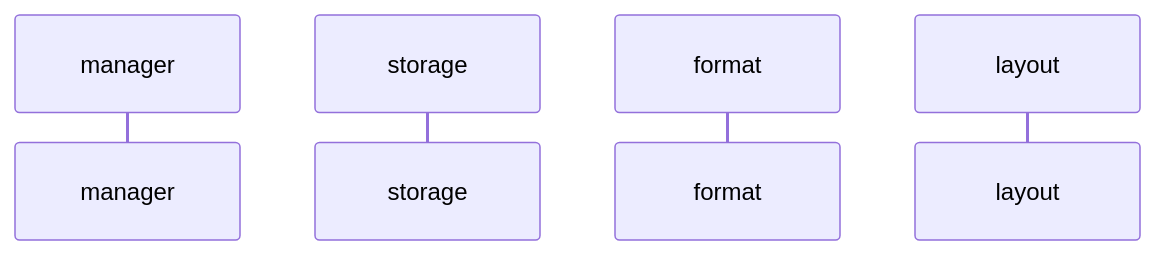
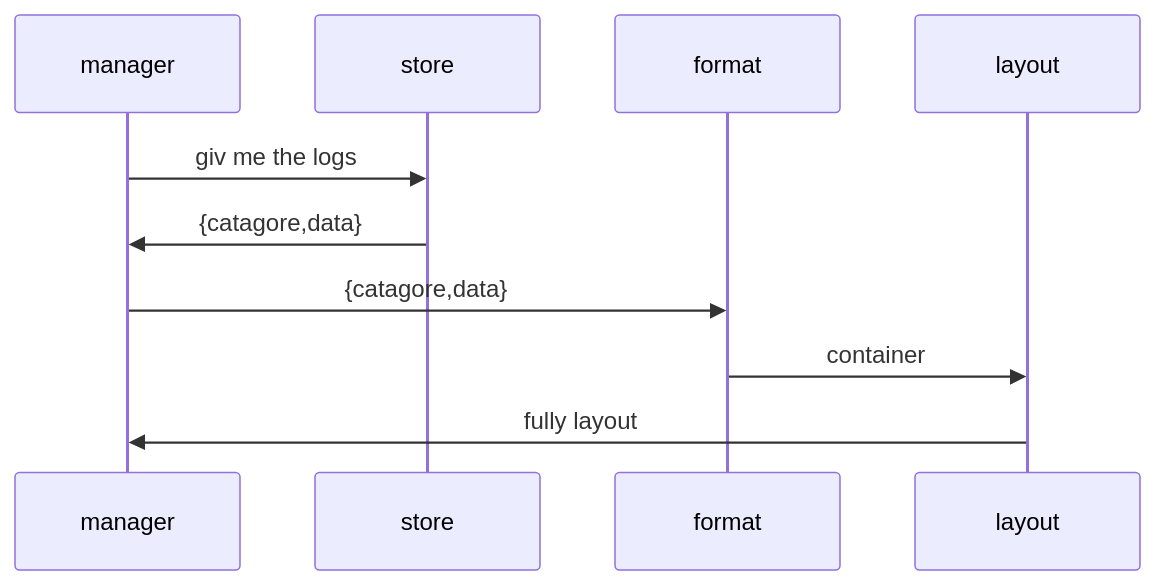
Before and after one commit to moo-m/MDev: the second of 2 diagrams in README.md, drawn with Mermaid.

````diff
--- a/README.md
+++ b/README.md
@@ -135,7 +135,12 @@
 ```mermaid
 sequenceDiagram
 participant manager
-participant storage
+participant store
 participant format
 participant layout
+manager ->> store:giv me the logs
+store ->>manager:{catagore,data}
+manager ->> format:{catagore,data}
+format ->>layout:container
+layout ->> manager:fully layout
 ```
````
